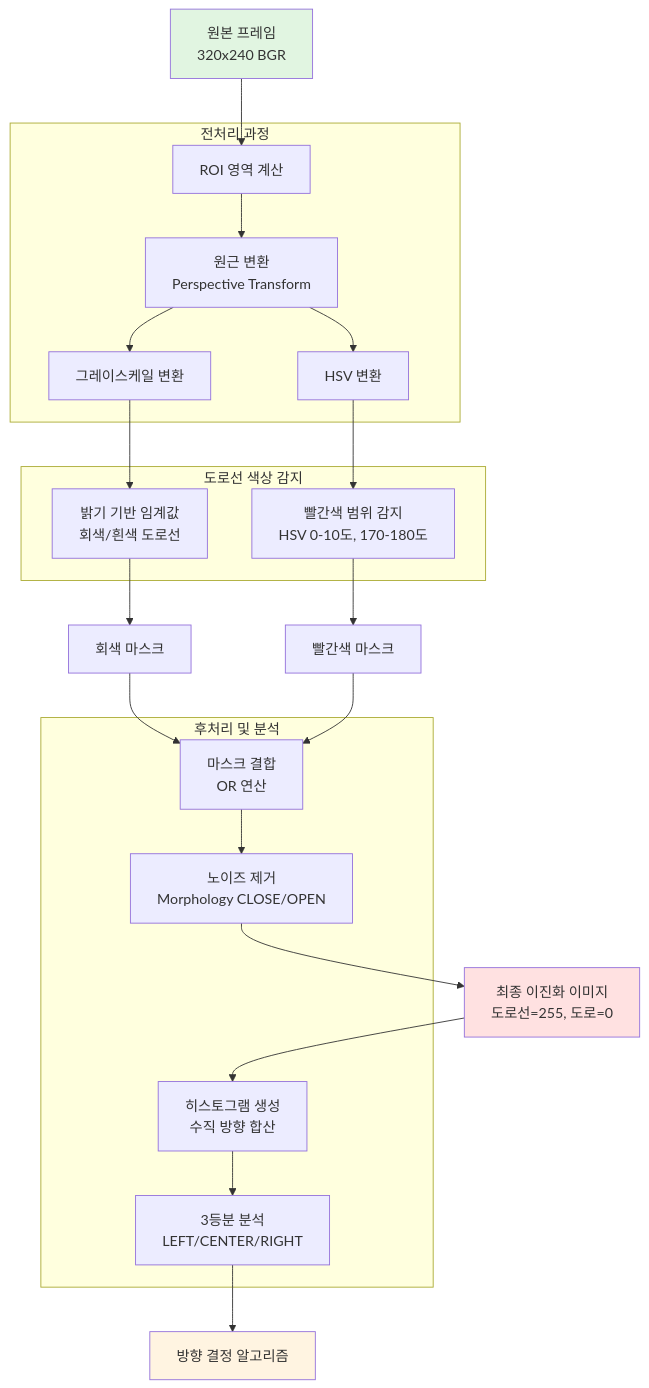
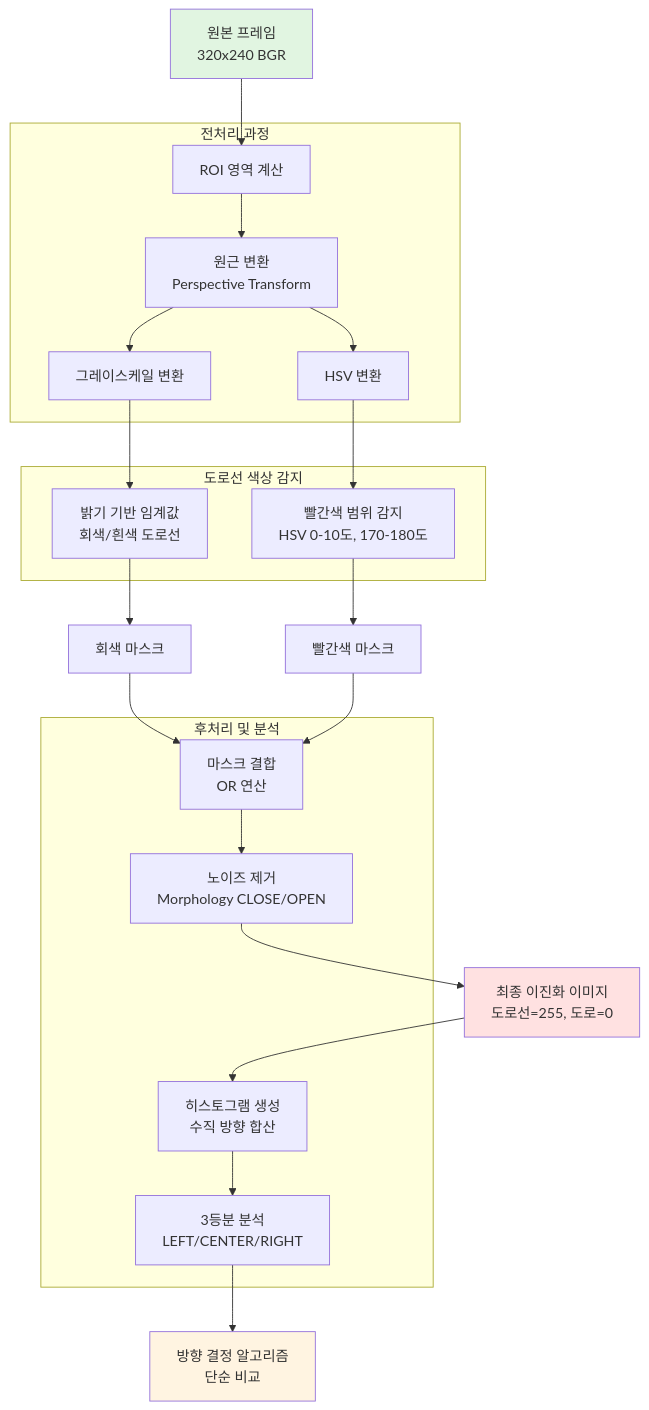
One commit to Collegenie-X/Raspbot-v2-self-driving-car changed the fourth of 25 diagrams in 03_self_driving/AUTOPLOT_SYSTEM_ANALYSIS.md. Above: the diagram before and after it, drawn with Mermaid. The commit also changed other lines of this file and 2 other files, not shown here.

````diff
--- a/03_self_driving/AUTOPLOT_SYSTEM_ANALYSIS.md
+++ b/03_self_driving/AUTOPLOT_SYSTEM_ANALYSIS.md
@@ -205,47 +236,47 @@
 ```mermaid
 flowchart TD
     A[원본 프레임<br/>320x240 BGR] --> B[ROI 영역 계산]
     B --> C[원근 변환<br/>Perspective Transform]
     C --> D[그레이스케일 변환]
     C --> E[HSV 변환]
     
     D --> F[밝기 기반 임계값<br/>회색/흰색 도로선]
     E --> G[빨간색 범위 감지<br/>HSV 0-10도, 170-180도]
     
     F --> H[회색 마스크]
     G --> I[빨간색 마스크]
     
     H --> J[마스크 결합<br/>OR 연산]
     I --> J
     
     J --> K[노이즈 제거<br/>Morphology CLOSE/OPEN]
     K --> L[최종 이진화 이미지<br/>도로선=255, 도로=0]
     
     L --> M[히스토그램 생성<br/>수직 방향 합산]
     M --> N[3등분 분석<br/>LEFT/CENTER/RIGHT]
     
-    N --> O[방향 결정 알고리즘]
+    N --> O[방향 결정 알고리즘<br/>단순 비교]
     
     style A fill:#e1f5e1
     style L fill:#ffe1e1
     style O fill:#fff4e1
     
     subgraph 색상감지[도로선 색상 감지]
         F
         G
     end
     
     subgraph 전처리[전처리 과정]
         B
         C
         D
         E
     end
     
     subgraph 후처리[후처리 및 분석]
         J
         K
         M
         N
     end
 ```
````
